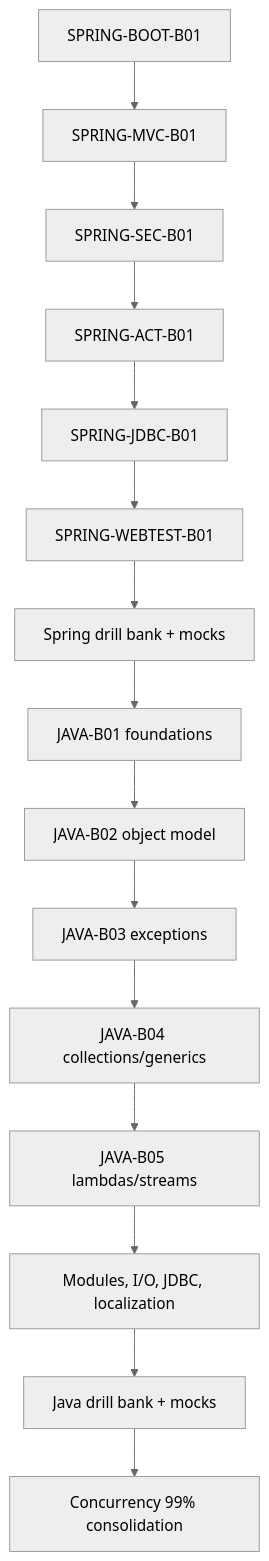
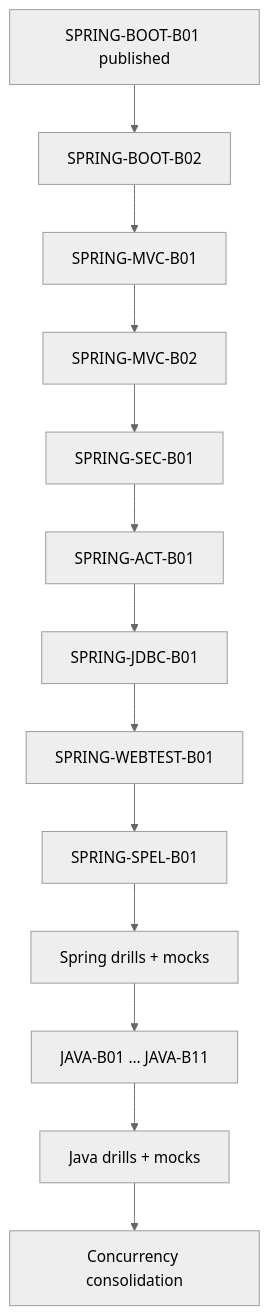
Before and after one commit to alimbetov/obsidian: the second of 2 diagrams in 00_HOME/Certification 99 Percent Readiness Dashboard.md, drawn with Mermaid (neutral theme). The commit also changed other lines of this file, not shown here.

````diff
--- a/00_HOME/Certification 99 Percent Readiness Dashboard.md
+++ b/00_HOME/Certification 99 Percent Readiness Dashboard.md
@@ -194,17 +200,15 @@
 ```mermaid
 flowchart TD
-    S1["SPRING-BOOT-B01"] --> S2["SPRING-MVC-B01"]
-    S2 --> S3["SPRING-SEC-B01"]
-    S3 --> S4["SPRING-ACT-B01"]
-    S4 --> S5["SPRING-JDBC-B01"]
-    S5 --> S6["SPRING-WEBTEST-B01"]
-    S6 --> SMOCK["Spring drill bank + mocks"]
-    SMOCK --> J1["JAVA-B01 foundations"]
-    J1 --> J2["JAVA-B02 object model"]
-    J2 --> J3["JAVA-B03 exceptions"]
-    J3 --> J4["JAVA-B04 collections/generics"]
-    J4 --> J5["JAVA-B05 lambdas/streams"]
-    J5 --> JREST["Modules, I/O, JDBC, localization"]
-    JREST --> JMOCK["Java drill bank + mocks"]
-    JMOCK --> CFINAL["Concurrency 99% consolidation"]
+    DONE["SPRING-BOOT-B01 published"] --> B2["SPRING-BOOT-B02"]
+    B2 --> MVC1["SPRING-MVC-B01"]
+    MVC1 --> MVC2["SPRING-MVC-B02"]
+    MVC2 --> SEC["SPRING-SEC-B01"]
+    SEC --> ACT["SPRING-ACT-B01"]
+    ACT --> JDBC["SPRING-JDBC-B01"]
+    JDBC --> WEBTEST["SPRING-WEBTEST-B01"]
+    WEBTEST --> SPEL["SPRING-SPEL-B01"]
+    SPEL --> SMOCK["Spring drills + mocks"]
+    SMOCK --> J1["JAVA-B01 … JAVA-B11"]
+    J1 --> JMOCK["Java drills + mocks"]
+    JMOCK --> CFINAL["Concurrency consolidation"]
 ```
````
